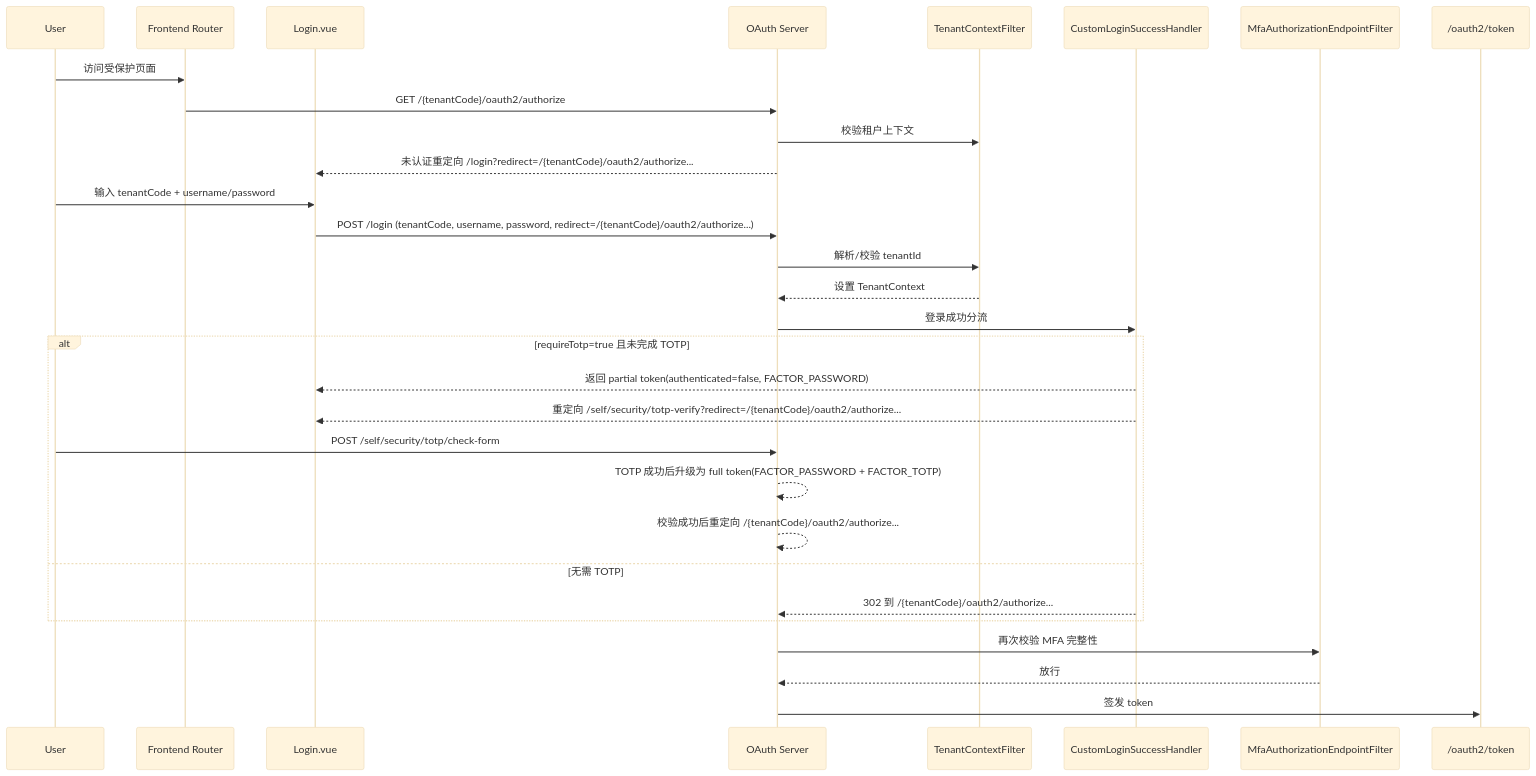
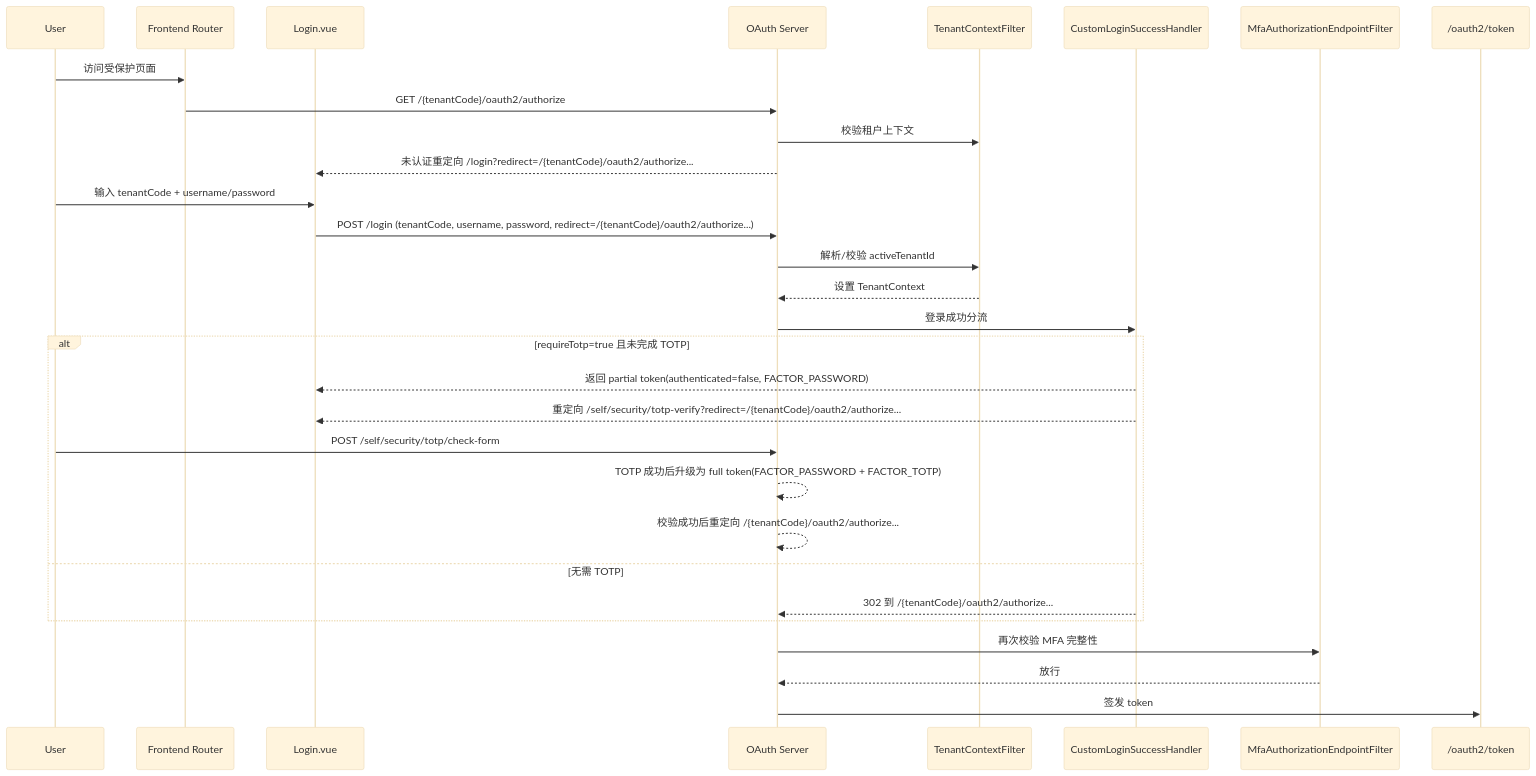
Before and after one commit to Sramler/tiny-platform: the diagram in tiny-oauth-server/docs/登录与租户认证流程.md, drawn with Mermaid (base theme). The commit also changed other lines of this file and 434 other files, not shown here.

````diff
--- a/tiny-oauth-server/docs/登录与租户认证流程.md
+++ b/tiny-oauth-server/docs/登录与租户认证流程.md
@@ -57,33 +60,33 @@
 ```mermaid
 sequenceDiagram
   participant U as User
   participant R as Frontend Router
   participant L as Login.vue
   participant S as OAuth Server
   participant TF as TenantContextFilter
   participant H as CustomLoginSuccessHandler
   participant M as MfaAuthorizationEndpointFilter
   participant T as /oauth2/token
 
   U->>R: 访问受保护页面
   R->>S: GET /{tenantCode}/oauth2/authorize
   S->>TF: 校验租户上下文
   S-->>L: 未认证重定向 /login?redirect=/{tenantCode}/oauth2/authorize...
   U->>L: 输入 tenantCode + username/password
   L->>S: POST /login (tenantCode, username, password, redirect=/{tenantCode}/oauth2/authorize...)
-  S->>TF: 解析/校验 tenantId
+  S->>TF: 解析/校验 activeTenantId
   TF-->>S: 设置 TenantContext
   S->>H: 登录成功分流
   alt requireTotp=true 且未完成 TOTP
     H-->>L: 返回 partial token(authenticated=false, FACTOR_PASSWORD)
     H-->>L: 重定向 /self/security/totp-verify?redirect=/{tenantCode}/oauth2/authorize...
     U->>S: POST /self/security/totp/check-form
     S-->>S: TOTP 成功后升级为 full token(FACTOR_PASSWORD + FACTOR_TOTP)
     S-->>S: 校验成功后重定向 /{tenantCode}/oauth2/authorize...
   else 无需 TOTP
     H-->>S: 302 到 /{tenantCode}/oauth2/authorize...
   end
   S->>M: 再次校验 MFA 完整性
   M-->>S: 放行
   S->>T: 签发 token
 ```
````
